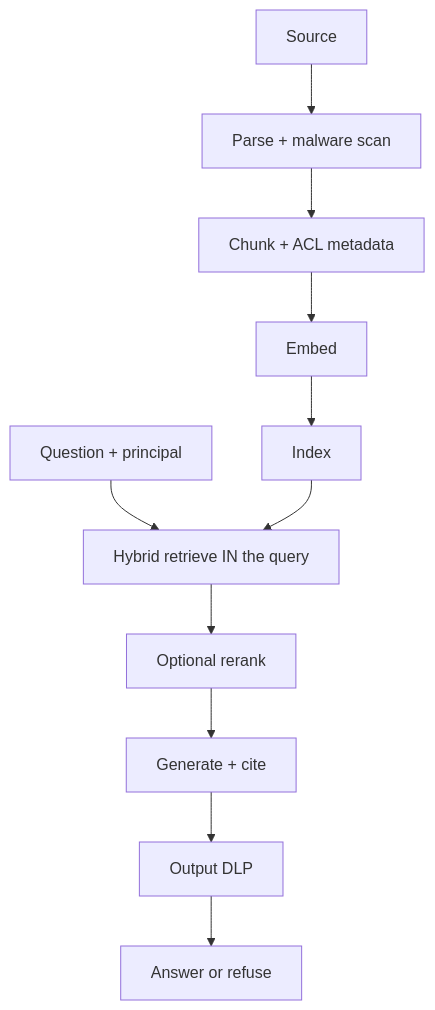
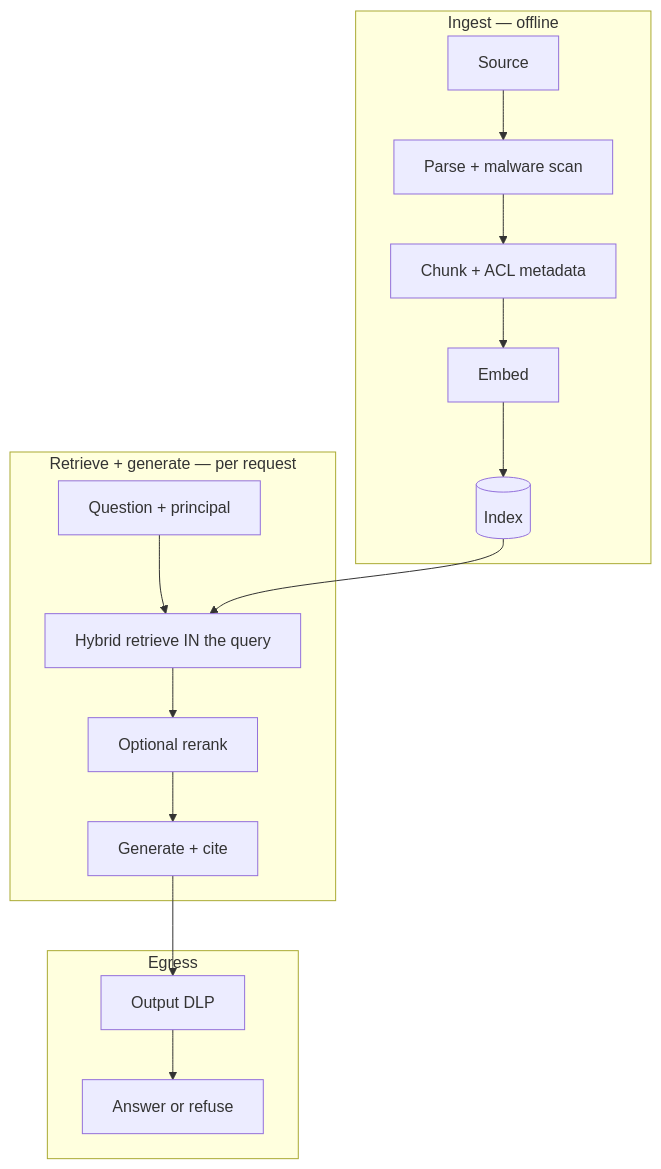
Before and after one commit to krishnaviswa/AiLearner: the diagram in 08-RAG/03-logical.md, drawn with Mermaid. The commit also changed 109 other files, not shown here.

Commit message:
Enhance dependency graphs and styling across multiple HTML files. Added class definitions for various components to improve visual representation and organization. Updated flowcharts to include subgraphs for better clarity in the architecture and decision-making processes.

````diff
--- a/08-RAG/03-logical.md
+++ b/08-RAG/03-logical.md
@@ -20,13 +20,19 @@
 ```mermaid
 flowchart TB
-  S[Source] --> P[Parse + malware scan]
-  P --> C[Chunk + ACL metadata]
-  C --> E[Embed]
-  E --> I[Index]
-  Q[Question + principal] --> R[Hybrid retrieve IN the query]
+  subgraph ingest [Ingest — offline]
+    S[Source] --> P[Parse + malware scan]
+    P --> C[Chunk + ACL metadata]
+    C --> E[Embed]
+    E --> I[(Index)]
+  end
+  subgraph serve [Retrieve + generate — per request]
+    Q[Question + principal] --> R[Hybrid retrieve IN the query]
+    R --> RR[Optional rerank]
+    RR --> G[Generate + cite]
+  end
+  subgraph egress [Egress]
+    G --> D[Output DLP]
+    D --> O[Answer or refuse]
+  end
   I --> R
-  R --> RR[Optional rerank]
-  RR --> G[Generate + cite]
-  G --> D[Output DLP]
-  D --> O[Answer or refuse]
 ```
````
